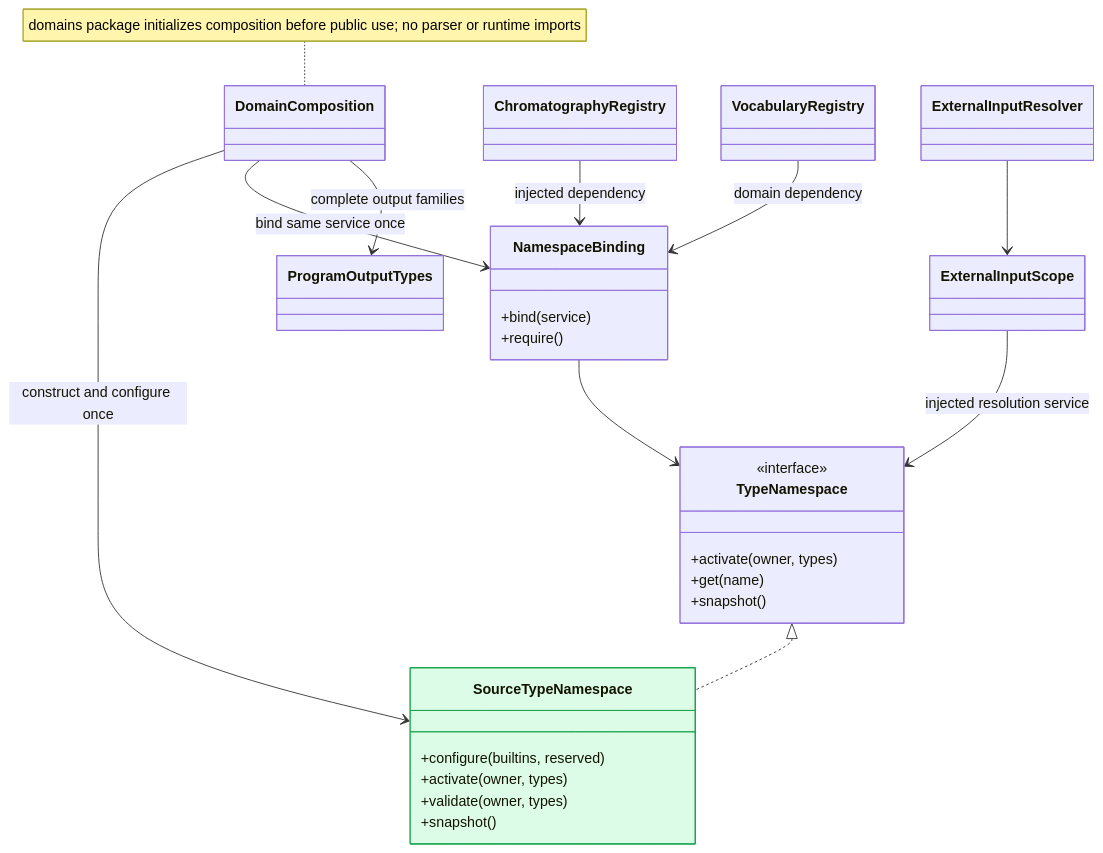
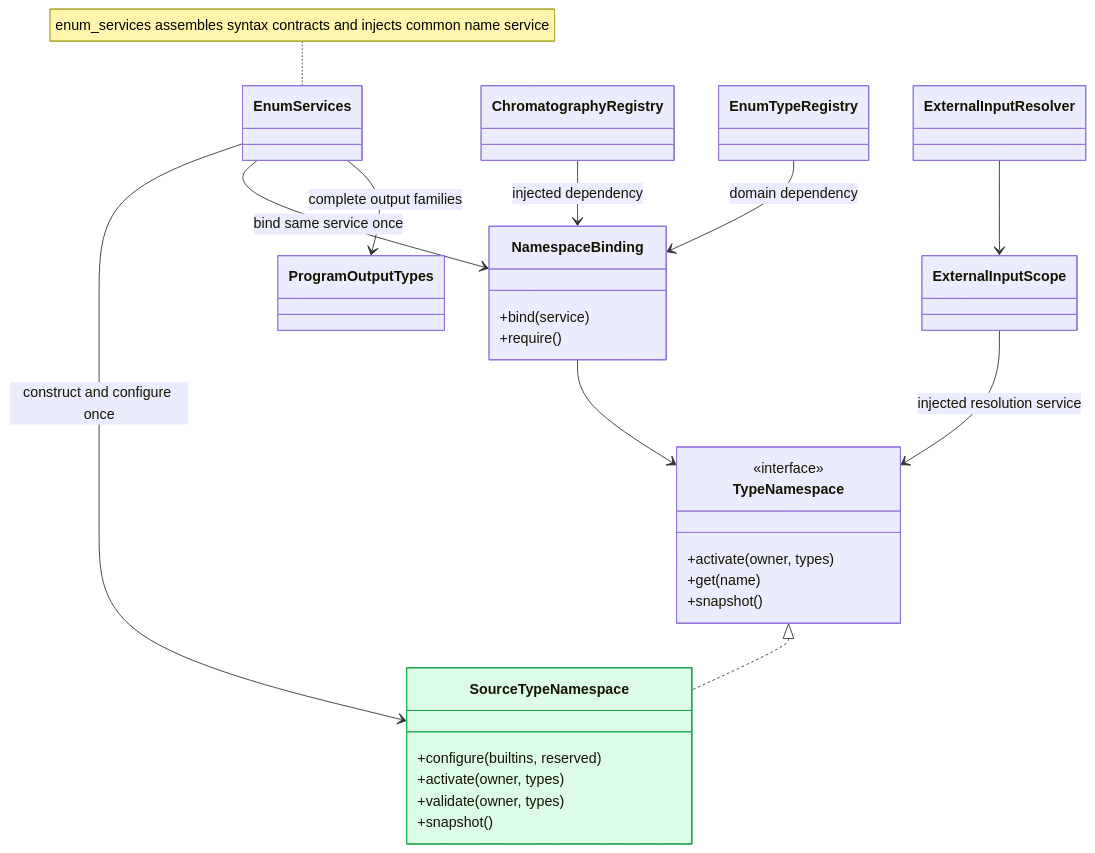
Diagram 16 of 17 in docs/architecture/pipeline/validate_module_diagrams.md (culsma/culsma), drawn with Mermaid before and after one commit. The commit also changed other lines of this file and 55 other files, not shown here.

First line of the commit message:
feat(enums): complete syntax-owned contracts and scoped extensions

````diff
--- a/docs/architecture/pipeline/validate_module_diagrams.md
+++ b/docs/architecture/pipeline/validate_module_diagrams.md
@@ -814,31 +815,31 @@
 ```mermaid
 classDiagram
     class TypeNamespace {
         <<interface>>
         +activate(owner, types)
         +get(name)
         +snapshot()
     }
     class NamespaceBinding {
         +bind(service)
         +require()
     }
     TypeNamespace <|.. SourceTypeNamespace
     NamespaceBinding --> TypeNamespace
     class SourceTypeNamespace {
         +configure(builtins, reserved)
         +activate(owner, types)
         +validate(owner, types)
         +snapshot()
     }
-    class DomainComposition
-    DomainComposition --> SourceTypeNamespace : construct and configure once
-    DomainComposition --> NamespaceBinding : bind same service once
+    class EnumServices
+    EnumServices --> SourceTypeNamespace : construct and configure once
+    EnumServices --> NamespaceBinding : bind same service once
     ChromatographyRegistry --> NamespaceBinding : injected dependency
-    VocabularyRegistry --> NamespaceBinding : domain dependency
+    EnumTypeRegistry --> NamespaceBinding : domain dependency
     ExternalInputScope --> TypeNamespace : injected resolution service
     ExternalInputResolver --> ExternalInputScope
-    DomainComposition --> ProgramOutputTypes : complete output families
-    note for DomainComposition "domains package initializes composition before public use; no parser or runtime imports"
+    EnumServices --> ProgramOutputTypes : complete output families
+    note for EnumServices "enum_services assembles syntax contracts and injects common name service"
     style SourceTypeNamespace fill:#dcfce7,stroke:#16a34a
 ```
````
